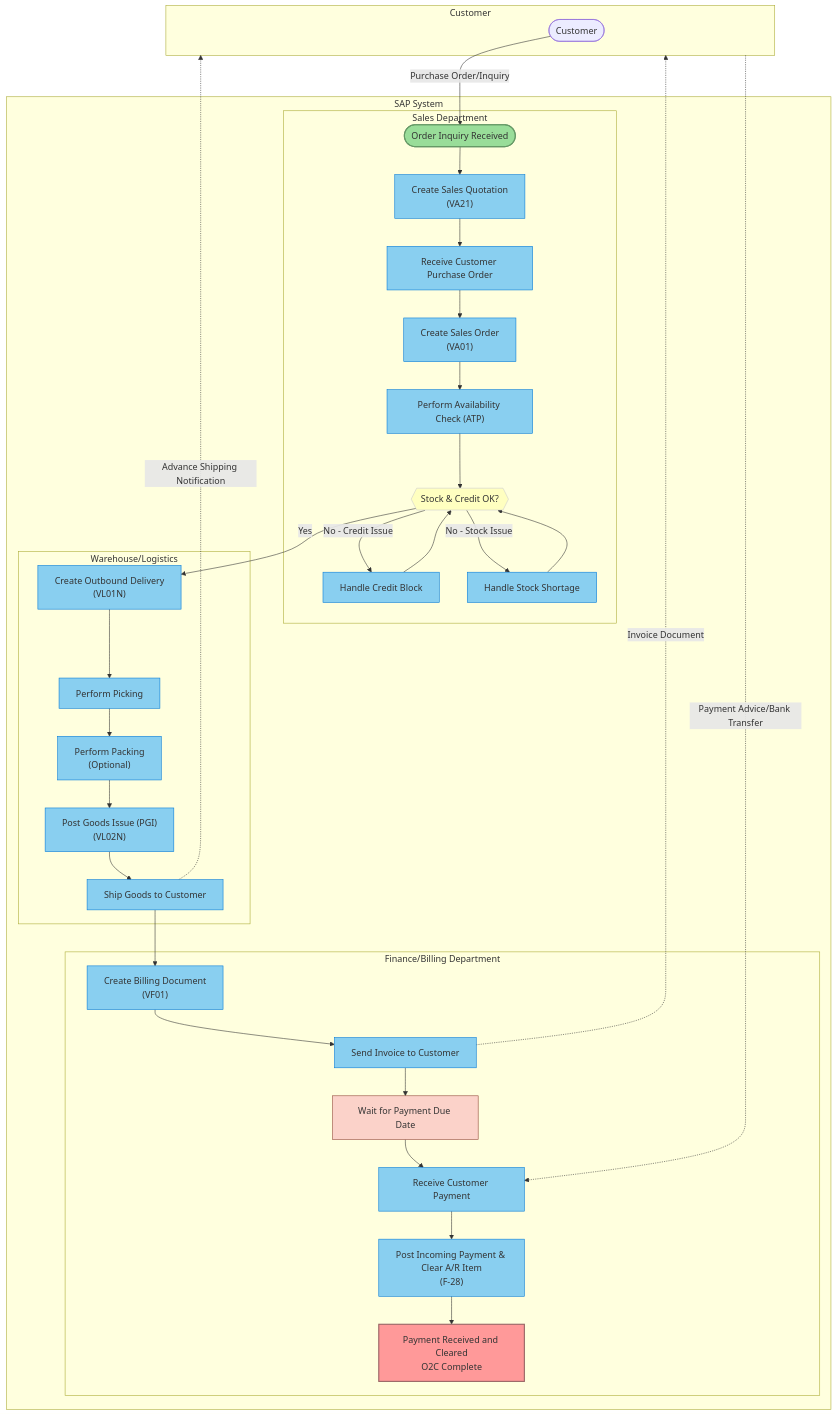
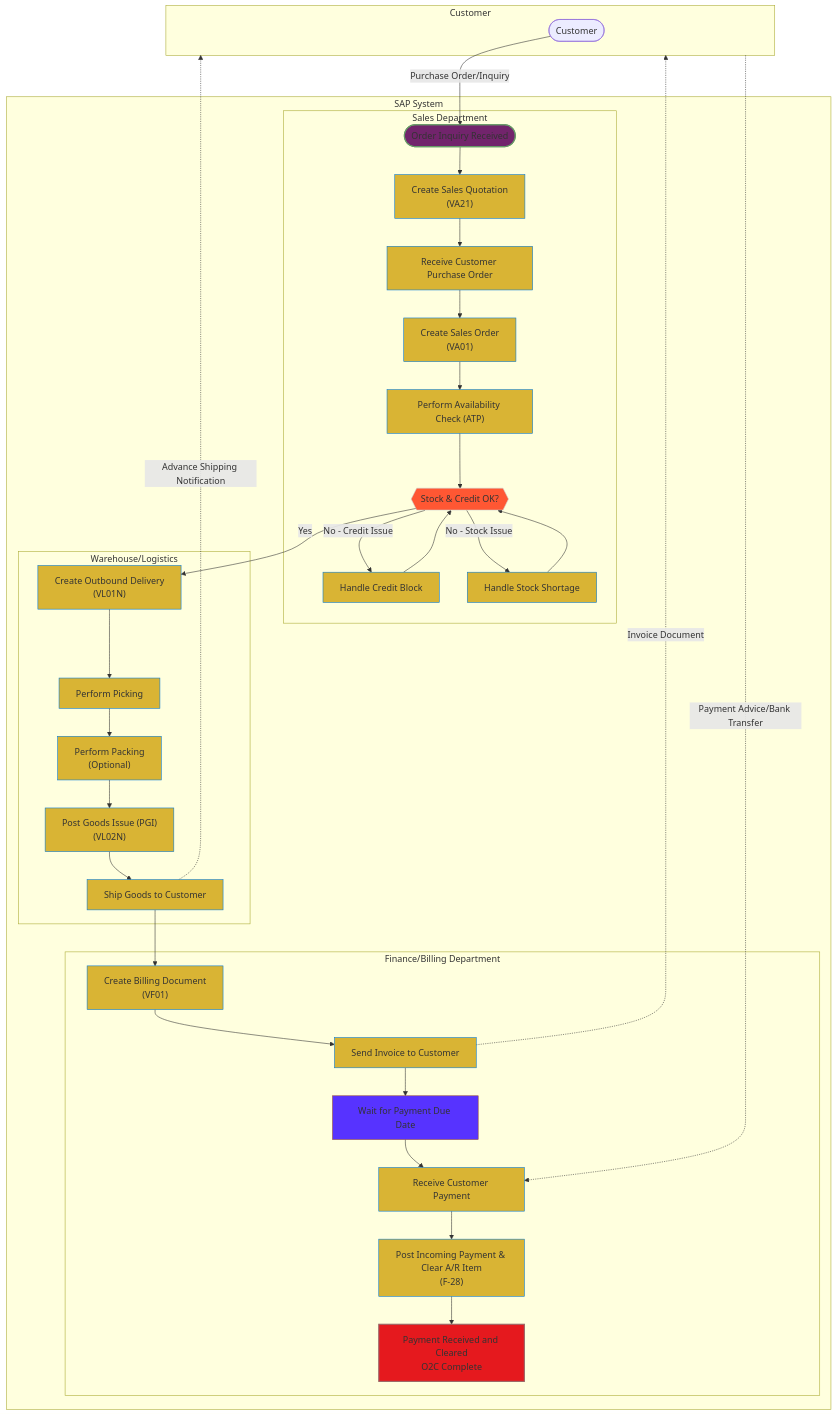
The diagram in example.md (sapflashcards/sapflashcards.github.io), drawn with Mermaid before and after one commit.

````diff
--- a/example.md
+++ b/example.md
@@ -1,80 +1,80 @@
 ```mermaid
 flowchart TD
     %% Define pools/lanes
     subgraph CustomerPool ["Customer"]
         CS_Start([Customer])
     end
     
     subgraph SAPSystem ["SAP System"]
         subgraph SalesDept ["Sales Department"]
             SE_Start(["Order Inquiry Received"])
             SO_Quote["Create Sales Quotation\n(VA21)"]
             SO_Receive["Receive Customer Purchase Order"]
             SO_Create["Create Sales Order\n(VA01)"]
             SO_ATP["Perform Availability Check (ATP)"]
             SO_CheckGateway{{"Stock & Credit OK?"}}
             SO_CreditBlock["Handle Credit Block"]
             SO_StockShortage["Handle Stock Shortage"]
         end
         
         subgraph Warehouse ["Warehouse/Logistics"]
             WH_Delivery["Create Outbound Delivery\n(VL01N)"]
             WH_Picking["Perform Picking"]
             WH_Packing["Perform Packing\n(Optional)"]
             WH_PGI["Post Goods Issue (PGI)\n(VL02N)"]
             WH_Ship["Ship Goods to Customer"]
         end
         
         subgraph Finance ["Finance/Billing Department"]
             FI_CreateInvoice["Create Billing Document\n(VF01)"]
             FI_SendInvoice["Send Invoice to Customer"]
             FI_WaitPayment["Wait for Payment Due Date"]
             FI_ReceivePayment["Receive Customer Payment"]
             FI_PostPayment["Post Incoming Payment & Clear A/R Item\n(F-28)"]
             FI_End["Payment Received and Cleared\nO2C Complete"]
         end
     end
     
     %% Define sequence flows
     SE_Start --> SO_Quote
     SO_Quote --> SO_Receive
     SO_Receive --> SO_Create
     SO_Create --> SO_ATP
     SO_ATP --> SO_CheckGateway
     
     SO_CheckGateway -->|"Yes"| WH_Delivery
     SO_CheckGateway -->|"No - Credit Issue"| SO_CreditBlock
     SO_CreditBlock --> SO_CheckGateway
     SO_CheckGateway -->|"No - Stock Issue"| SO_StockShortage
     SO_StockShortage --> SO_CheckGateway
     
     WH_Delivery --> WH_Picking
     WH_Picking --> WH_Packing
     WH_Packing --> WH_PGI
     WH_PGI --> WH_Ship
     WH_Ship --> FI_CreateInvoice
     FI_CreateInvoice --> FI_SendInvoice
     FI_SendInvoice --> FI_WaitPayment
     FI_WaitPayment --> FI_ReceivePayment
     FI_ReceivePayment --> FI_PostPayment
     FI_PostPayment --> FI_End
     
     %% Define message flows
     CS_Start -->|"Purchase Order/Inquiry"| SE_Start
     WH_Ship -.->|"Advance Shipping Notification"| CustomerPool
     FI_SendInvoice -.->|"Invoice Document"| CustomerPool
     CustomerPool -.->|"Payment Advice/Bank Transfer"| FI_ReceivePayment
 
     %% Styling
-    classDef start fill:#9D9,stroke:#696,stroke-width:2px;
-    classDef zend fill:#F99,stroke:#966,stroke-width:2px;
-    classDef task fill:#89CFF0,stroke:#0078D7,stroke-width:1px;
-    classDef gateway fill:#ffffc0,stroke:#ccc,stroke-width:1px;
-    classDef timer fill:#fbd2c9,stroke:#8f4236,stroke-width:1px;
+    classDef start fill:#72246C,stroke:#696,stroke-width:2px;
+    classDef zend fill:#E5191E,stroke:#966,stroke-width:2px;
+    classDef task fill:#D9B434,stroke:#0078D7,stroke-width:1px;
+    classDef gateway fill:#FF5733,stroke:#ccc,stroke-width:1px;
+    classDef timer fill:#5733FF,stroke:#8f4236,stroke-width:1px;
     
     class SE_Start start;
     class FI_End zend;
     class SO_Quote,SO_Receive,SO_Create,SO_ATP,SO_CreditBlock,SO_StockShortage,WH_Delivery,WH_Picking,WH_Packing,WH_PGI,WH_Ship,FI_CreateInvoice,FI_SendInvoice,FI_ReceivePayment,FI_PostPayment task;
     class SO_CheckGateway gateway;
     class FI_WaitPayment timer;
 ```
````
